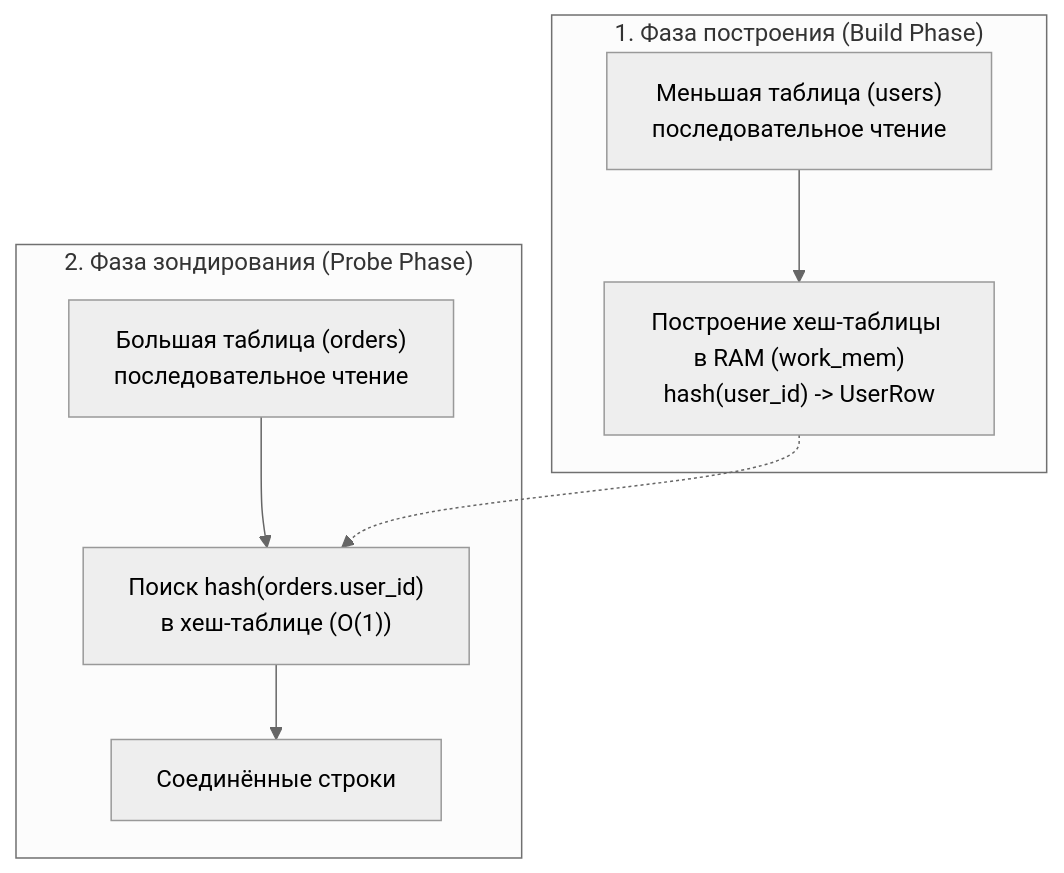
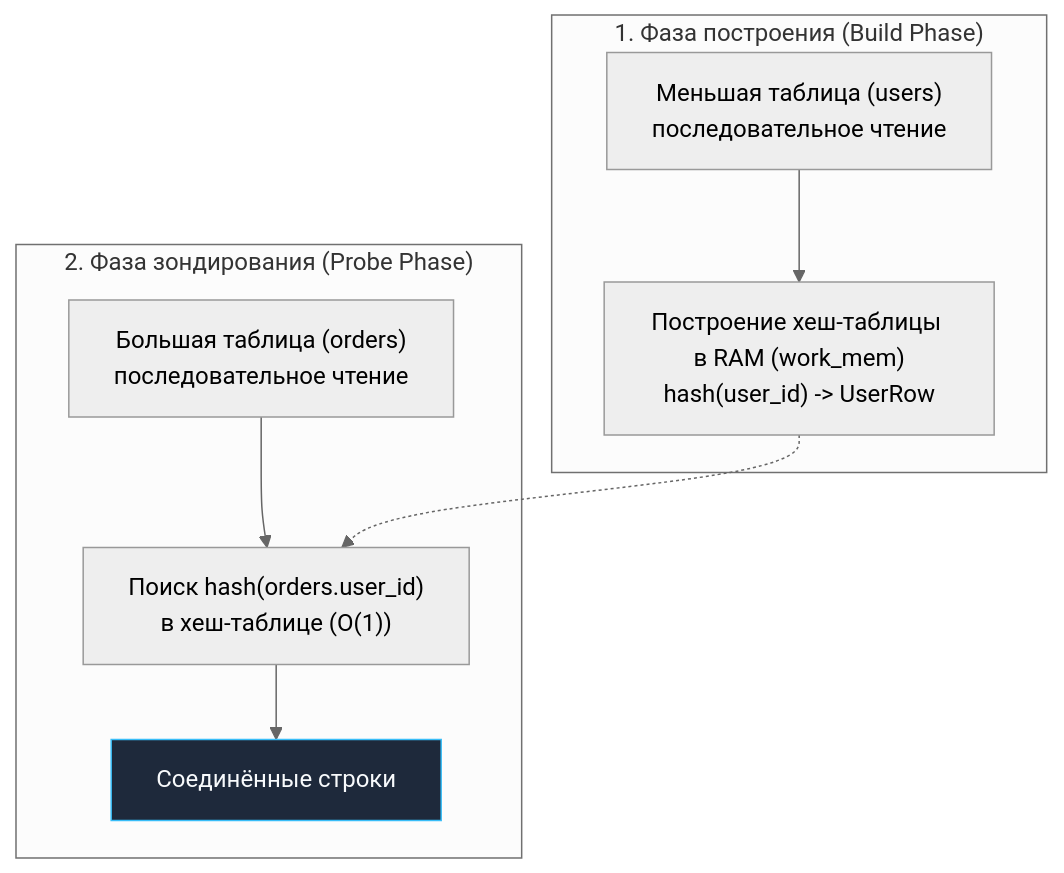
The second of 3 diagrams in sources/12. Базы данных/04. Индексы и производительность/14. Оптимизация JOIN.md (UnrealTemplier/go-textbook), drawn with Mermaid (neutral theme) before and after one commit. The commit also changed other lines of this file and 1666 other files, not shown here.

First line of the commit message:
feat(mermaid): add semantic color classDef to 1369 colorless flowchart/graph diagrams

````diff
--- a/sources/12. Базы данных/04. Индексы и производительность/14. Оптимизация JOIN.md
+++ b/sources/12. Базы данных/04. Индексы и производительность/14. Оптимизация JOIN.md
@@ -50,17 +60,27 @@
 ```mermaid
 flowchart TD
+    classDef process  fill:#1e293b,stroke:#38bdf8,stroke-width:1px,color:#f8fafc
+    classDef success  fill:#064e3b,stroke:#34d399,stroke-width:1px,color:#f8fafc
+    classDef error    fill:#7f1d1d,stroke:#f87171,stroke-width:1px,color:#f8fafc
+    classDef warning  fill:#78350f,stroke:#fbbf24,stroke-width:1px,color:#f8fafc
+    classDef entry    fill:#1e3a5f,stroke:#38bdf8,stroke-width:2px,color:#f8fafc
+    classDef aux      fill:#334155,stroke:#64748b,stroke-width:1px,color:#f8fafc
+    classDef system   fill:#312e81,stroke:#a78bfa,stroke-width:1px,color:#f8fafc
+    classDef data     fill:#132d29,stroke:#2dd4bf,stroke-width:1px,color:#f8fafc
+    classDef network  fill:#881337,stroke:#fb7185,stroke-width:1px,color:#f8fafc
+    classDef accent   fill:#1e1b4b,stroke:#818cf8,stroke-width:1px,color:#f8fafc
     subgraph BuildPhase["1. Фаза построения (Build Phase)"]
         Inner["Меньшая таблица (users)<br>последовательное чтение"]
         BuildHash["Построение хеш-таблицы в RAM (work_mem)<br>hash(user_id) -> UserRow"]
         Inner --> BuildHash
     end
 
     subgraph ProbePhase["2. Фаза зондирования (Probe Phase)"]
         Outer["Большая таблица (orders)<br>последовательное чтение"]
         Probe["Поиск hash(orders.user_id)<br>в хеш-таблице (O(1))"]
-        Result["Соединённые строки"]
+        Result["Соединённые строки"]:::process
         Outer --> Probe
         BuildHash -.-> Probe
         Probe --> Result
     end
 ```
````
